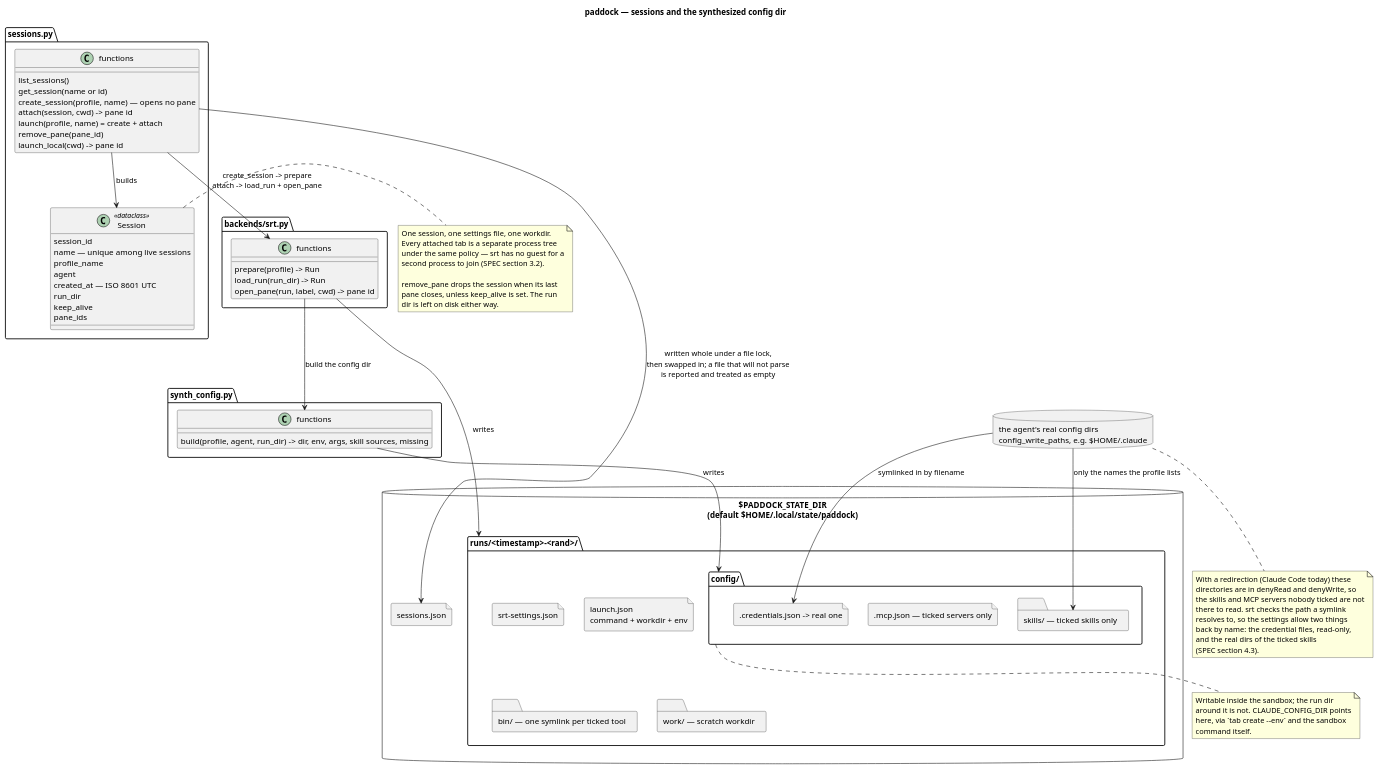
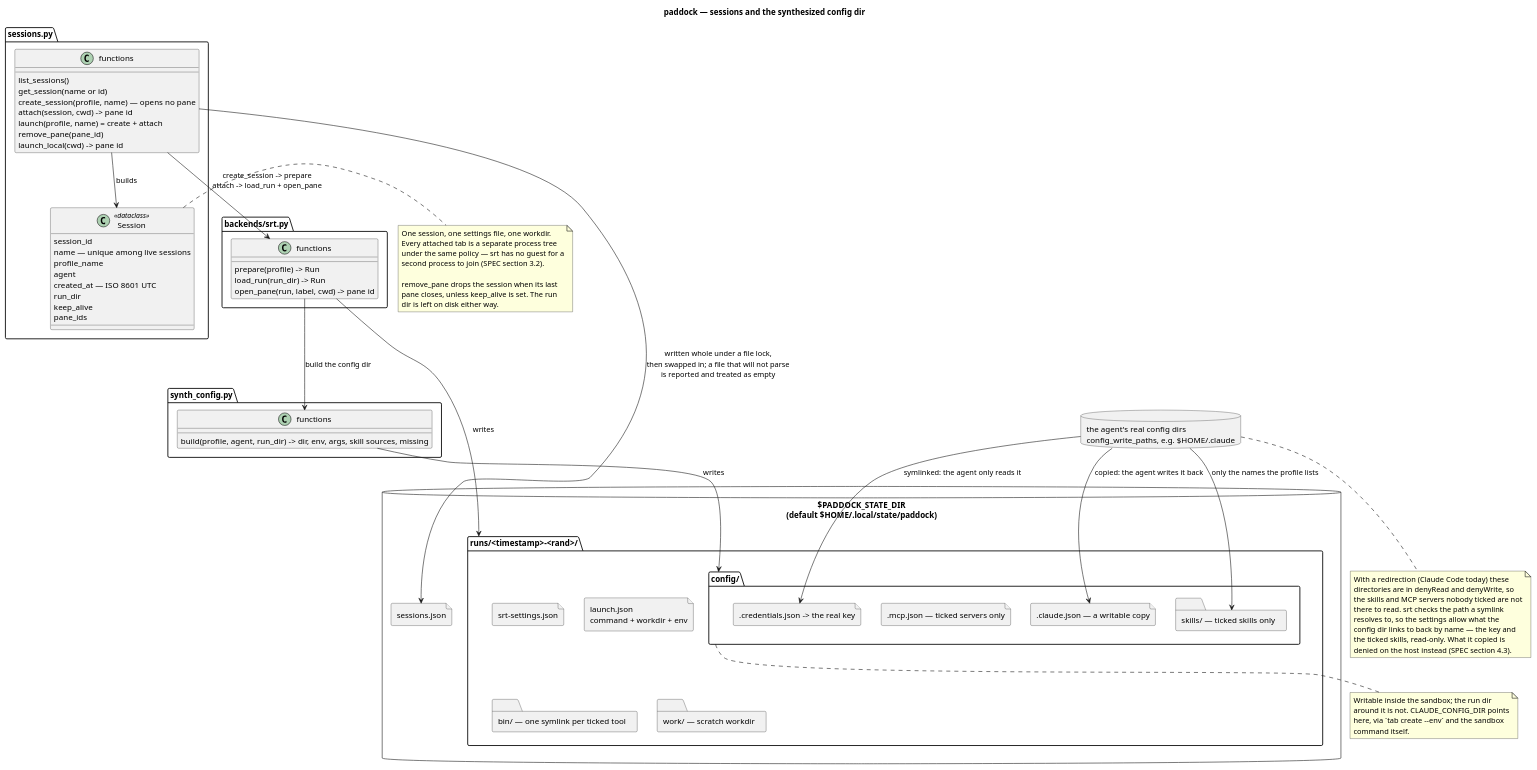
One commit to paddock-sh/paddock changed the diagram in docs/diagrams/sessions_and_config.puml. Above: the diagram before and after it, drawn with PlantUML. The commit also changed 6 other files, not shown here.

First line of the commit message:
fix: copy the config the agent writes back to, symlink the key

```diff
--- a/docs/diagrams/sessions_and_config.puml
+++ b/docs/diagrams/sessions_and_config.puml
@@ -1,100 +1,102 @@
 @startuml sessions_and_config
 title paddock — sessions and the synthesized config dir
 
 allowmixing
 set separator none
 skinparam shadowing false
 skinparam classAttributeIconSize 0
 
 package "sessions.py" {
   class Session <<dataclass>> {
     session_id
     name — unique among live sessions
     profile_name
     agent
     created_at — ISO 8601 UTC
     run_dir
     keep_alive
     pane_ids
   }
   class "functions" as SessionFns {
     list_sessions()
     get_session(name or id)
     create_session(profile, name) — opens no pane
     attach(session, cwd) -> pane id
     launch(profile, name) = create + attach
     remove_pane(pane_id)
     launch_local(cwd) -> pane id
   }
 }
 
 package "backends/srt.py" {
   class "functions" as SrtFns {
     prepare(profile) -> Run
     load_run(run_dir) -> Run
     open_pane(run, label, cwd) -> pane id
   }
 }
 
 package "synth_config.py" {
   class "functions" as SynthFns {
     build(profile, agent, run_dir) -> dir, env, args, skill sources, missing
   }
 }
 
 database "$PADDOCK_STATE_DIR\n(default $HOME/.local/state/paddock)" as StateDir {
   file "sessions.json" as Registry
   folder "runs/<timestamp>-<rand>/" as RunDir {
     file "srt-settings.json" as Settings
     file "launch.json\ncommand + workdir + env" as Launch
     folder "bin/ — one symlink per ticked tool" as Shim
     folder "work/ — scratch workdir" as Work
     folder "config/" as Config {
-      file ".credentials.json -> real one" as Creds
+      file ".credentials.json -> the real key" as Creds
+      file ".claude.json — a writable copy" as AgentJson
       file ".mcp.json — ticked servers only" as Mcp
       folder "skills/ — ticked skills only" as Skills
     }
   }
 }
 
 database "the agent's real config dirs\nconfig_write_paths, e.g. $HOME/.claude" as RealConfig
 
 SessionFns --> Session : builds
 SessionFns --> Registry : written whole under a file lock,\nthen swapped in; a file that will not parse\nis reported and treated as empty
 SessionFns --> SrtFns : create_session -> prepare\nattach -> load_run + open_pane
 SrtFns --> SynthFns : build the config dir
 SrtFns --> RunDir : writes
 SynthFns --> Config : writes
-RealConfig --> Creds : symlinked in by filename
+RealConfig --> Creds : symlinked: the agent only reads it
+RealConfig --> AgentJson : copied: the agent writes it back
 RealConfig --> Skills : only the names the profile lists
 
 note right of Session
   One session, one settings file, one workdir.
   Every attached tab is a separate process tree
   under the same policy — srt has no guest for a
   second process to join (SPEC section 3.2).
 
   remove_pane drops the session when its last
   pane closes, unless keep_alive is set. The run
   dir is left on disk either way.
 end note
 
 note bottom of RealConfig
   With a redirection (Claude Code today) these
   directories are in denyRead and denyWrite, so
   the skills and MCP servers nobody ticked are not
   there to read. srt checks the path a symlink
-  resolves to, so the settings allow two things
-  back by name: the credential files, read-only,
-  and the real dirs of the ticked skills
-  (SPEC section 4.3).
+  resolves to, so the settings allow what the
+  config dir links to back by name — the key and
+  the ticked skills, read-only. What it copied is
+  denied on the host instead (SPEC section 4.3).
 end note
 
 note bottom of Config
   Writable inside the sandbox; the run dir
   around it is not. CLAUDE_CONFIG_DIR points
   here, via `tab create --env` and the sandbox
   command itself.
 end note
 
 @enduml
```
